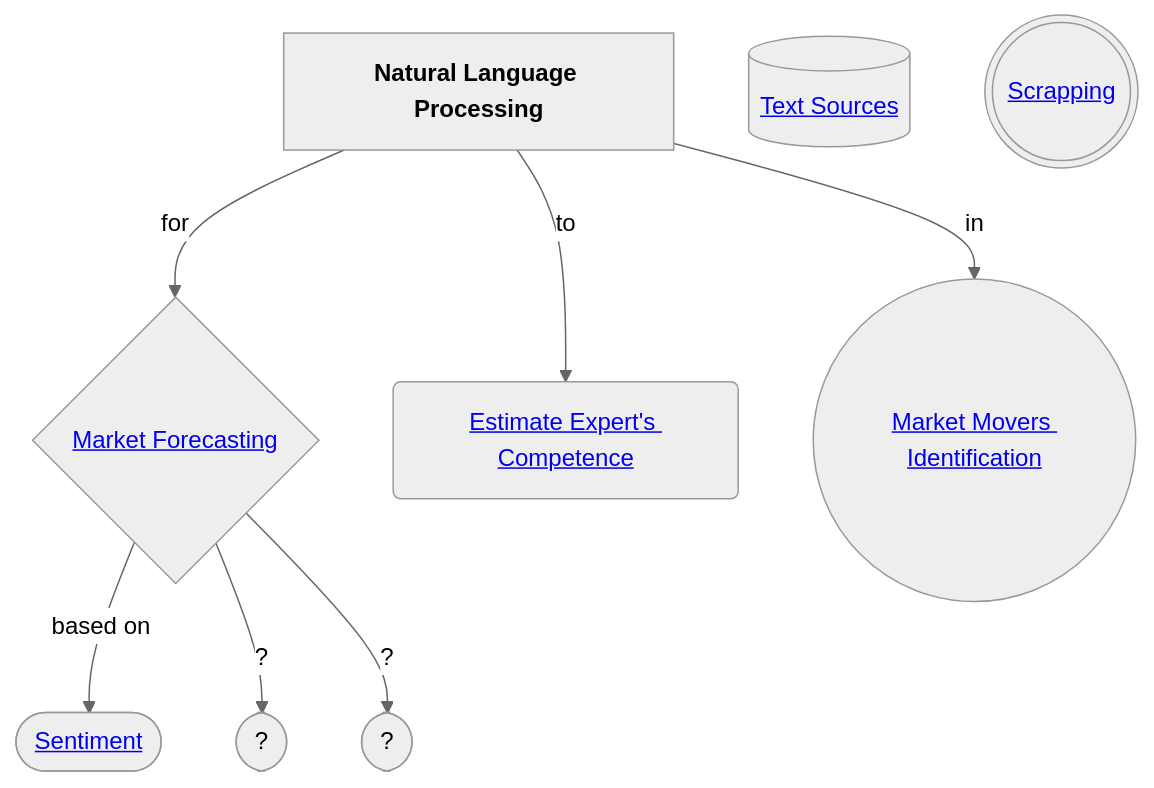
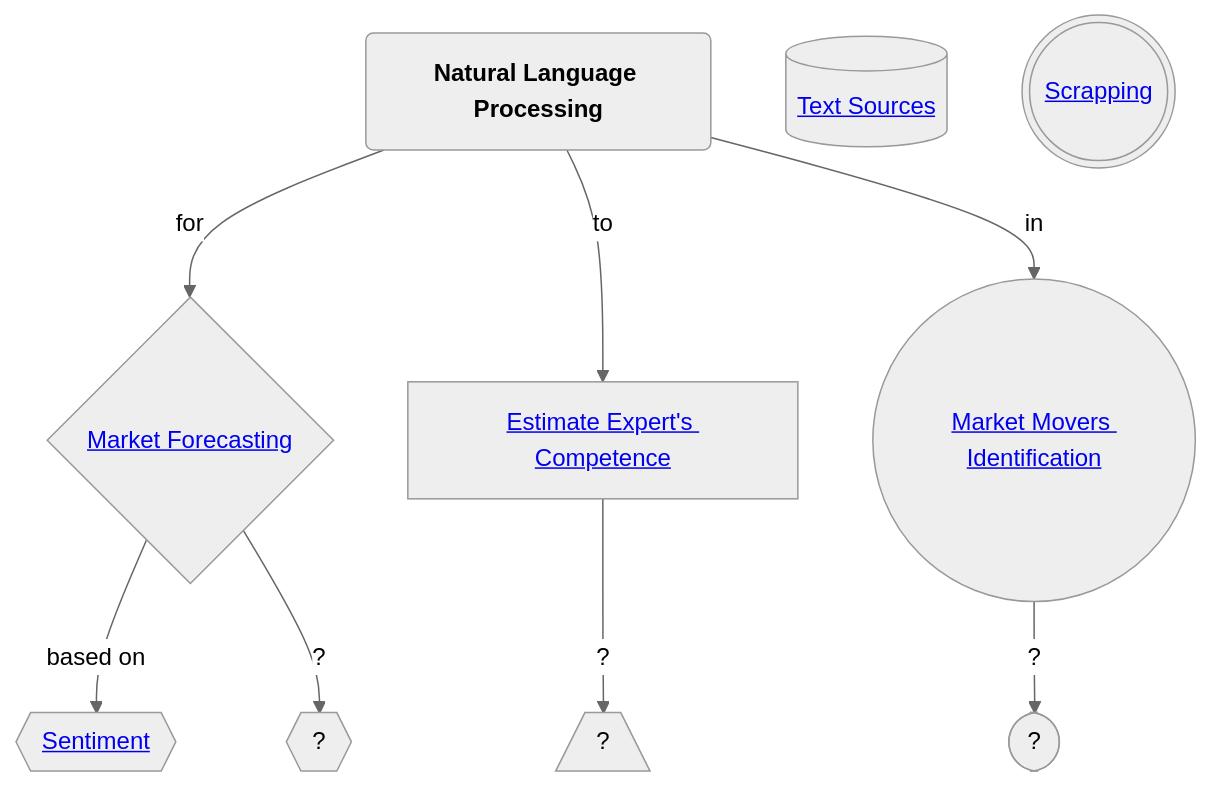
One commit to completelyboofyblitzed/STOCK-MARKET-NLP changed the diagram in README.md. Above: the diagram before and after it, drawn with Mermaid (neutral theme).

````diff
--- a/README.md
+++ b/README.md
@@ -3,18 +3,15 @@
 ```mermaid
 graph TD
     %% styling the nodes and arrors https://dompl.medium.com/produce-great-looking-flowcharts-in-seconds-7f3bea64f2e2
     %% mermaid editor https://mermaid.live
-    A[<b>Natural Language Processing</b>] -->|for| C{<a href='https://github.com/completelyboofyblitzed/NLP-in-STOCK-MARKET/blob/main/README.md#market-forecasting'>Market Forecasting</a>} 
+    A(<b>Natural Language Processing</b>) -->|for| C{<a href='https://github.com/completelyboofyblitzed/NLP-in-STOCK-MARKET/blob/main/README.md#market-forecasting'>Market Forecasting</a>} 
     J[(<a href='https://github.com/completelyboofyblitzed/NLP-in-STOCK-MARKET/blob/main/README.md#text-sources'>Text Sources</a>)]
     H(((<a href='https://github.com/completelyboofyblitzed/NLP-in-STOCK-MARKET/blob/main/README.md#scrapping'>Scrapping</a>)))
-    A -->|to| G(<a href='https://github.com/completelyboofyblitzed/NLP-in-STOCK-MARKET/blob/main/README.md#experts-competence-estimation'>Estimate Expert's Competence</a>)
-    A -->|in| B((<a href='https://github.com/completelyboofyblitzed/NLP-in-STOCK-MARKET/blob/main/README.md#market-movers-identification'>Market Movers Identification</a>))
-    C -->|based on| D([<a href='https://github.com/completelyboofyblitzed/NLP-in-STOCK-MARKET/blob/main/README.md#sentiment-based'>Sentiment</a>])
-    C -->|?| E([?])
-    C -->|?| F([?])
-    %% click A callback "Tooltip for a callback"
-    
-    %% click C "https://github.com/completelyboofyblitzed/NLP-in-STOCK-MARKET/blob/main/README.md#market-forecasting" "This is a tooltip for a link"
-    %% click D "https://github.com/completelyboofyblitzed/NLP-for-stocks#sentiment-based"
-    %% click B href "http://www.github.com" "This is a tooltip for a link"
+    A -->|to| E[<a href='https://github.com/completelyboofyblitzed/NLP-in-STOCK-MARKET/blob/main/README.md#experts-competence-estimation'>Estimate Expert's Competence</a>]
+    A -->|in| M((<a href='https://github.com/completelyboofyblitzed/NLP-in-STOCK-MARKET/blob/main/README.md#market-movers-identification'>Market Movers Identification</a>))
+    C -->|based on| D{{<a href='https://github.com/completelyboofyblitzed/NLP-in-STOCK-MARKET/blob/main/README.md#sentiment-based'>Sentiment</a>}}
+    C -->|?| B{{?}}
+    E -->|?| F[/?\]
+    M -->|?| Q([?])
+    click B href "https://github.com/completelyboofyblitzed/NLP-in-STOCK-MARKET/blob/main/README.md#sentiment-based" "This is a tooltip for a link"
 ```
````
